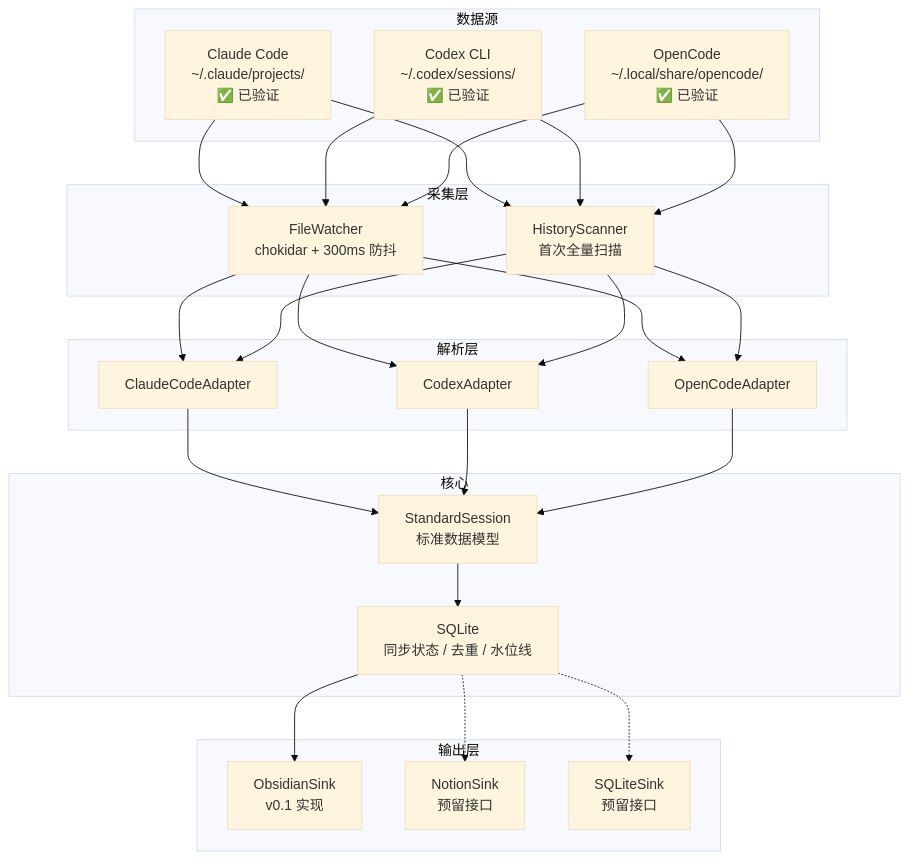
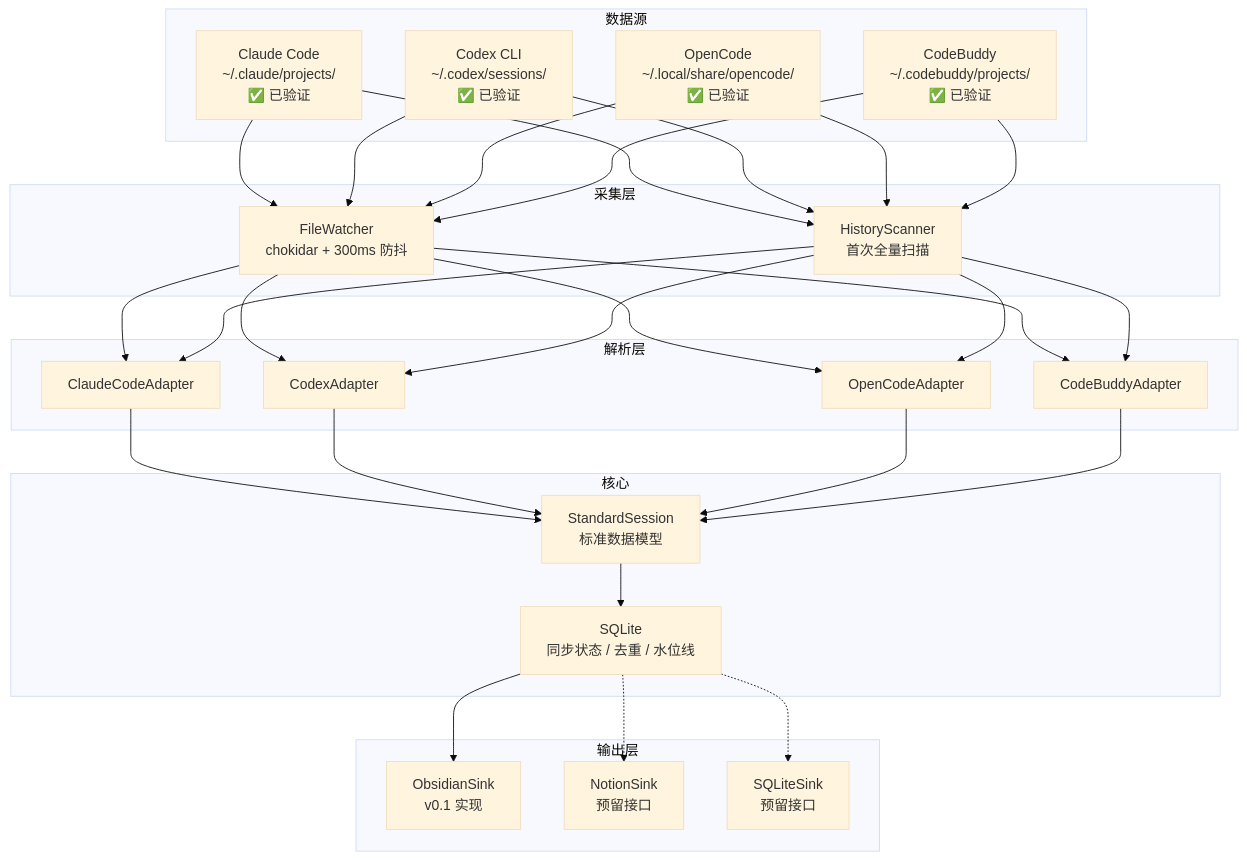
The diagram in tech.md (yinghuzhu/ALS), drawn with Mermaid (base theme) before and after one commit. The commit also changed other lines of this file and 11 other files, not shown here.

First line of the commit message:
Add CodeBuddy adapter and unify JSONL source scanning

````diff
--- a/tech.md
+++ b/tech.md
@@ -15,35 +15,37 @@
 ```mermaid
 flowchart TD
     subgraph Sources["数据源"]
         S1["Claude Code\n~/.claude/projects/\n✅ 已验证"]
         S2["Codex CLI\n~/.codex/sessions/\n✅ 已验证"]
         S3["OpenCode\n~/.local/share/opencode/\n✅ 已验证"]
+        S4["CodeBuddy\n~/.codebuddy/projects/\n✅ 已验证"]
     end
 
     subgraph Collector["采集层"]
         C1["FileWatcher\nchokidar + 300ms 防抖"]
         C2["HistoryScanner\n首次全量扫描"]
     end
 
     subgraph Parser["解析层"]
         P1["ClaudeCodeAdapter"]
         P2["CodexAdapter"]
         P3["OpenCodeAdapter"]
+        P4["CodeBuddyAdapter"]
     end
 
     subgraph Core["核心"]
         M["StandardSession\n标准数据模型"]
         DB["SQLite\n同步状态 / 去重 / 水位线"]
     end
 
     subgraph Sink["输出层"]
         SK1["ObsidianSink\nv0.1 实现"]
         SK2["NotionSink\n预留接口"]
         SK3["SQLiteSink\n预留接口"]
     end
 
-    S1 & S2 & S3 --> C1 & C2
-    C1 & C2 --> P1 & P2 & P3
-    P1 & P2 & P3 --> M --> DB --> SK1
+    S1 & S2 & S3 & S4 --> C1 & C2
+    C1 & C2 --> P1 & P2 & P3 & P4
+    P1 & P2 & P3 & P4 --> M --> DB --> SK1
     DB -.-> SK2 & SK3
 ```
````
